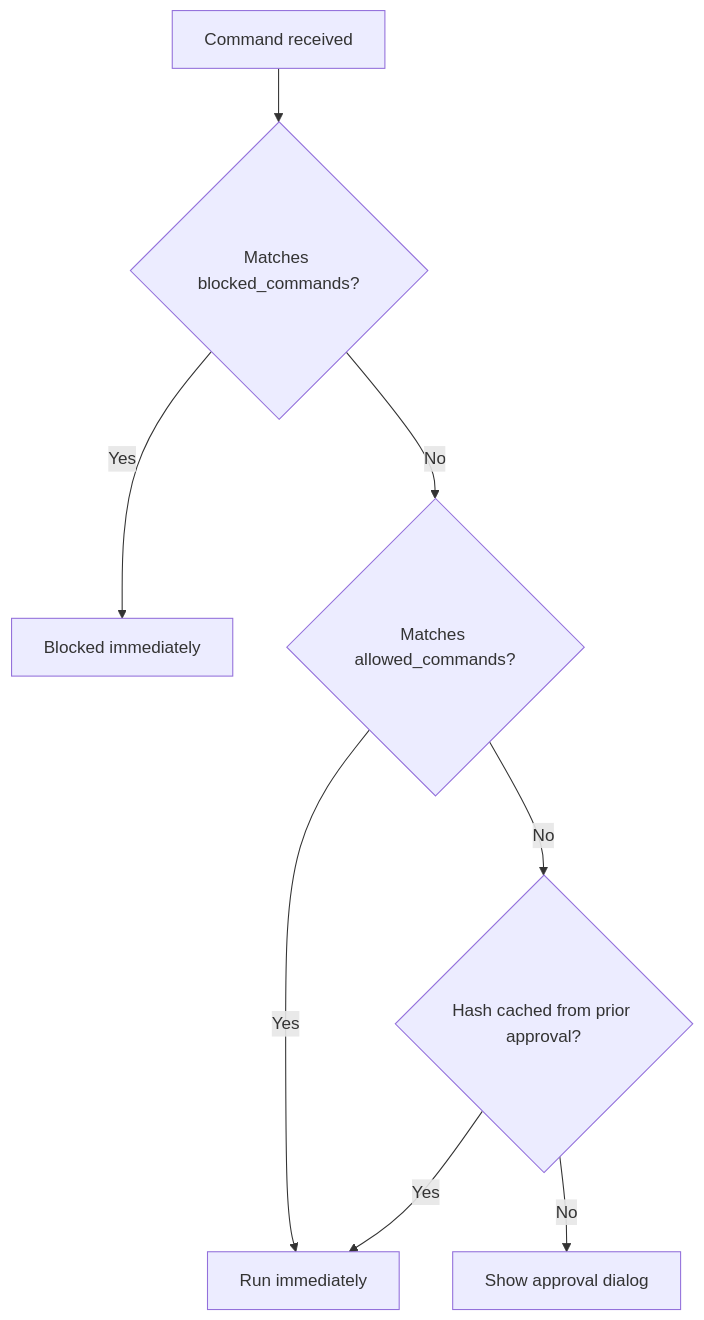
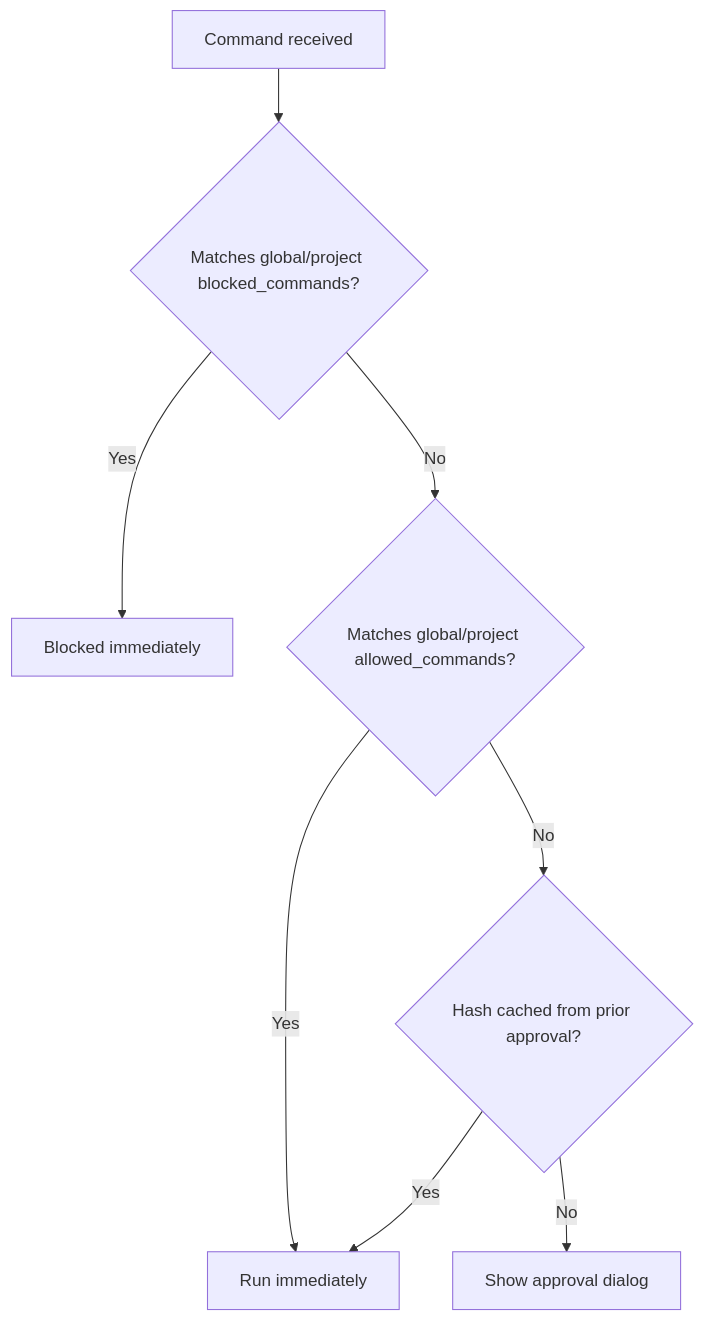
The diagram in docs/configuration.md (kamyar/ozm), drawn with Mermaid before and after one commit. The commit also changed other lines of this file and 7 other files, not shown here.

Commit message:
Add global command rules

````diff
--- a/docs/configuration.md
+++ b/docs/configuration.md
@@ -85,10 +104,10 @@
 ```mermaid
 flowchart TD
-    A[Command received] --> B{Matches blocked_commands?}
+    A[Command received] --> B{Matches global/project blocked_commands?}
     B -->|Yes| C[Blocked immediately]
-    B -->|No| D{Matches allowed_commands?}
+    B -->|No| D{Matches global/project allowed_commands?}
     D -->|Yes| E[Run immediately]
     D -->|No| F{Hash cached from prior approval?}
     F -->|Yes| E
     F -->|No| G[Show approval dialog]
 ```
````
